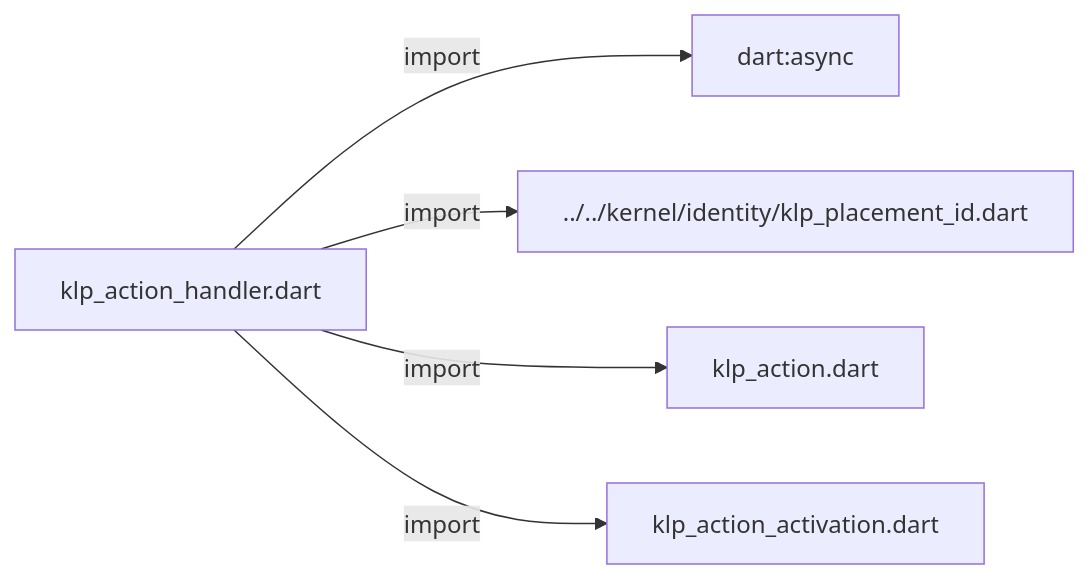
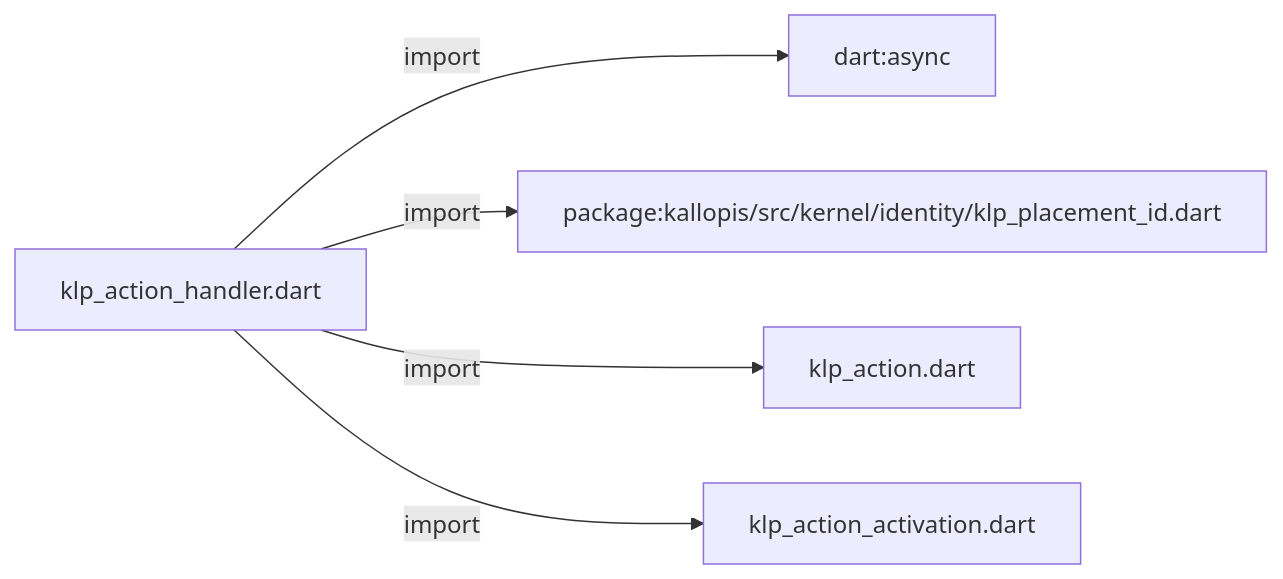
Before and after one commit to MiuDog/Kallopis: the first of 2 diagrams in docs/architecture/src/capabilities/actions/klp_action_handler.md, drawn with Mermaid. The commit also changed other lines of this file and 9688 other files, not shown here.

Commit message:
Prepare isolated Flow F2 peer baseline

````diff
--- a/docs/architecture/src/capabilities/actions/klp_action_handler.md
+++ b/docs/architecture/src/capabilities/actions/klp_action_handler.md
@@ -11,12 +11,12 @@
 ```mermaid
 flowchart LR
 	n0["klp_action_handler.dart"]
 	n1["dart:async"]
-	n2["../../kernel/identity/klp_placement_id.dart"]
+	n2["package:kallopis/src/kernel/identity/klp_placement_id.dart"]
 	n3["klp_action.dart"]
 	n4["klp_action_activation.dart"]
 	n0 -->|"import"| n1
 	n0 -->|"import"| n2
 	n0 -->|"import"| n3
 	n0 -->|"import"| n4
 ```
````
